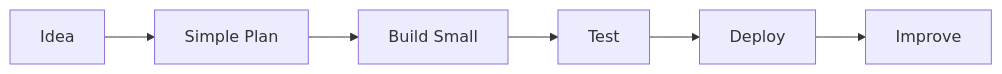
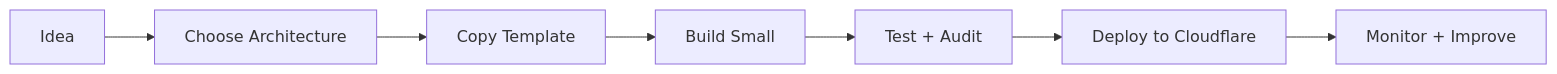
The diagram in README.md (mahidulislamnakib/CloudflareOS), drawn with Mermaid before and after one commit. The commit also changed other lines of this file, not shown here.

Commit message:
docs: improve public README view

````diff
--- a/README.md
+++ b/README.md
@@ -13,8 +39,9 @@
 ```mermaid
 flowchart LR
-  Idea[Idea] --> Simple[Simple Plan]
-  Simple --> Build[Build Small]
-  Build --> Test[Test]
-  Test --> Deploy[Deploy]
-  Deploy --> Improve[Improve]
+  Idea[Idea] --> Plan[Choose Architecture]
+  Plan --> Template[Copy Template]
+  Template --> Build[Build Small]
+  Build --> Test[Test + Audit]
+  Test --> Deploy[Deploy to Cloudflare]
+  Deploy --> Improve[Monitor + Improve]
 ```
````
